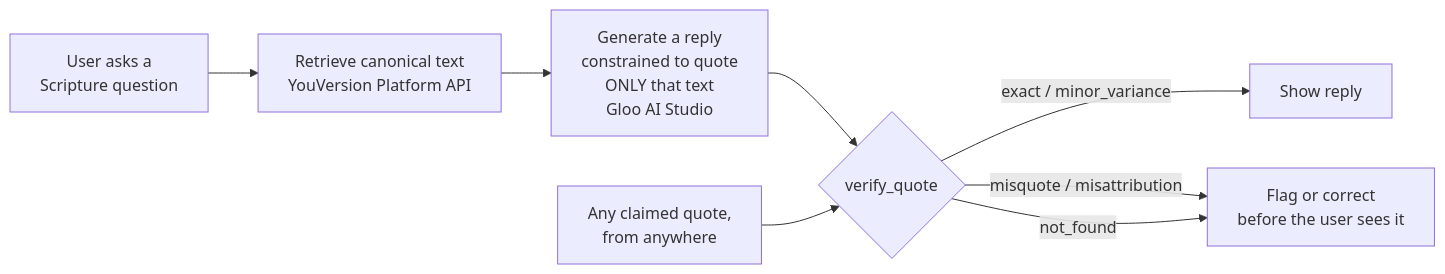
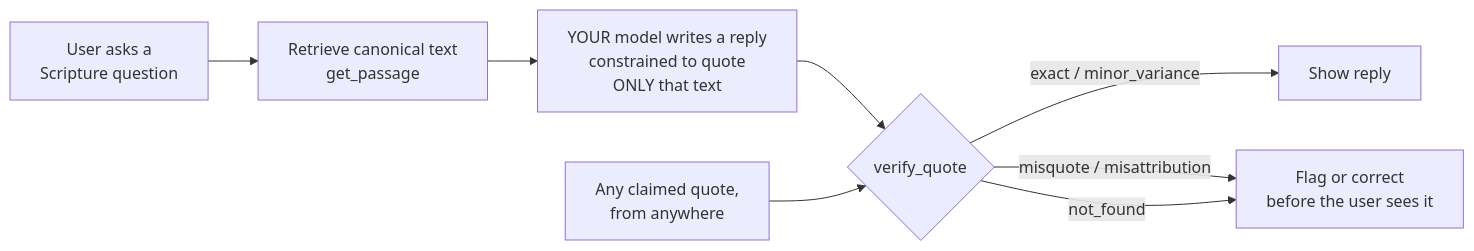
One commit to The-Doxa-Way/scripture-grounding-mcp changed the diagram in README.md. Above: the diagram before and after it, drawn with Mermaid. The commit also changed other lines of this file and 21 other files, not shown here.

````diff
--- a/README.md
+++ b/README.md
@@ -66,11 +70,11 @@
 ```mermaid
 flowchart LR
-    U[User asks a<br/>Scripture question] --> R[Retrieve canonical text<br/>YouVersion Platform API]
-    R --> G[Generate a reply<br/>constrained to quote<br/>ONLY that text<br/>Gloo AI Studio]
+    U[User asks a<br/>Scripture question] --> R[Retrieve canonical text<br/>get_passage]
+    R --> G[YOUR model writes a reply<br/>constrained to quote<br/>ONLY that text]
     G --> V{verify_quote}
     V -->|exact / minor_variance| OK[Show reply]
     V -->|misquote / misattribution| Flag[Flag or correct<br/>before the user sees it]
     V -->|not_found| Flag
 
     Q[Any claimed quote,<br/>from anywhere] --> V
 ```
````
